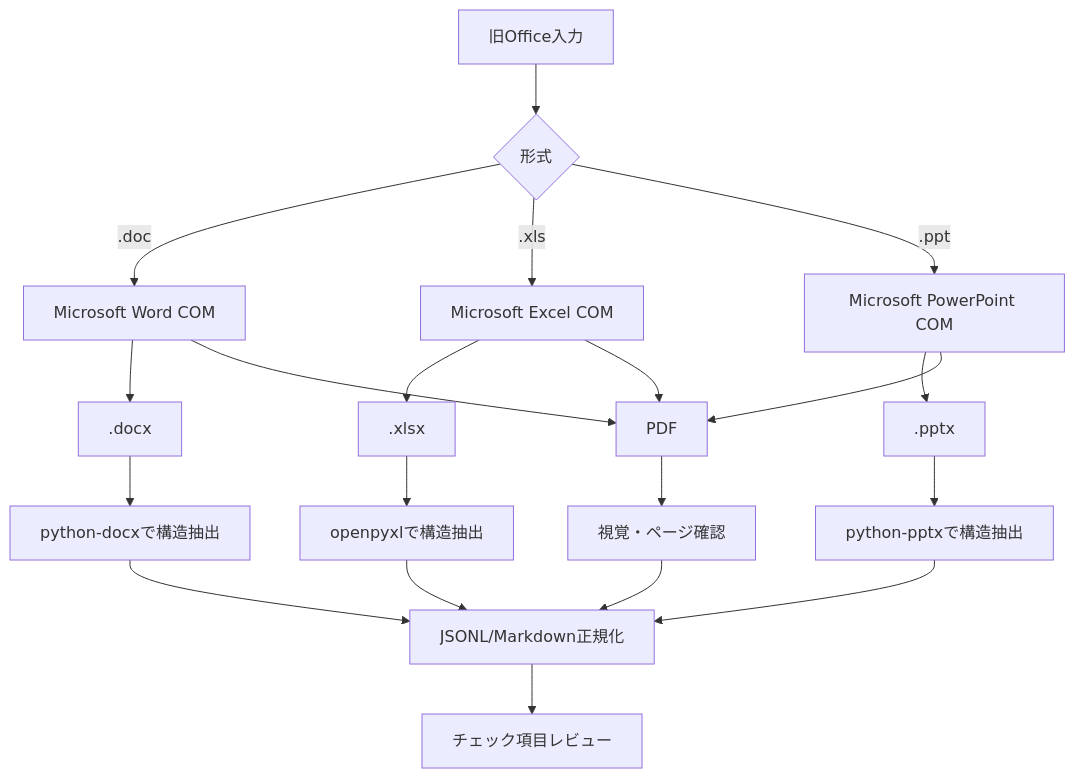
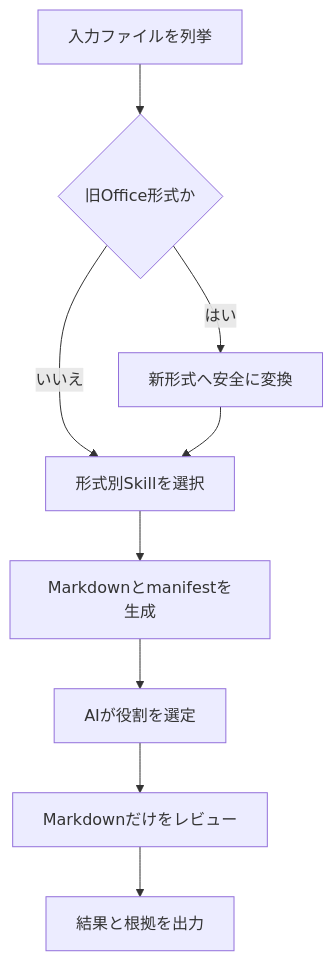
One commit to nyk98dk7nq-oss/CodexSkills-review changed the diagram in README.md. Above: the diagram before and after it, drawn with Mermaid. The commit also changed other lines of this file and 3 other files, not shown here.

Commit message:
Document Markdown-first review skill architecture

````diff
--- a/README.md
+++ b/README.md
@@ -75,22 +84,11 @@
 ```mermaid
 flowchart TD
-    A[旧Office入力] --> B{形式}
-    B -->|.doc| C[Microsoft Word COM]
-    B -->|.xls| D[Microsoft Excel COM]
-    B -->|.ppt| E[Microsoft PowerPoint COM]
-    C --> F[.docx]
-    D --> G[.xlsx]
-    E --> H[.pptx]
-    C --> I[PDF]
-    D --> I
-    E --> I
-    F --> J[python-docxで構造抽出]
-    G --> K[openpyxlで構造抽出]
-    H --> L[python-pptxで構造抽出]
-    I --> M[視覚・ページ確認]
-    J --> N[JSONL/Markdown正規化]
-    K --> N
-    L --> N
-    M --> N
-    N --> O[チェック項目レビュー]
+    A[入力ファイルを列挙] --> B{旧Office形式か}
+    B -->|はい| C[新形式へ安全に変換]
+    B -->|いいえ| D[形式別Skillを選択]
+    C --> D
+    D --> E[Markdownとmanifestを生成]
+    E --> F[AIが役割を選定]
+    F --> G[Markdownだけをレビュー]
+    G --> H[結果と根拠を出力]
 ```
````
